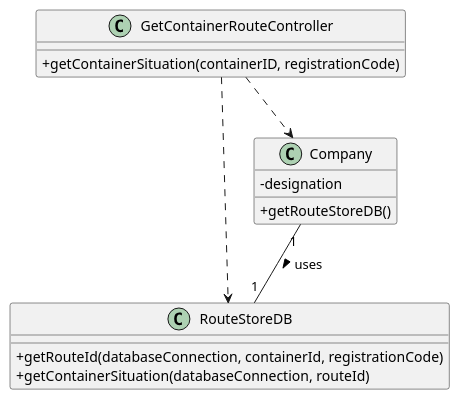
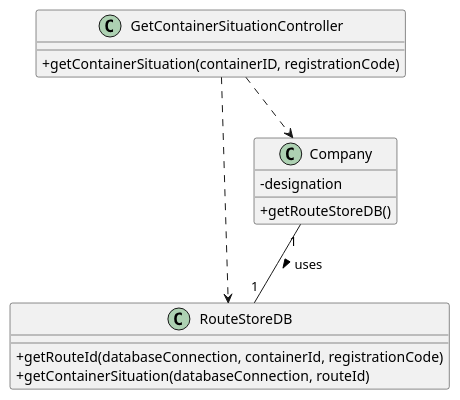
Before and after one commit to ana-albergaria/LAPR3-ISEP: the diagram in docs/Sprint 3/US312/US312_CD.puml, drawn with PlantUML. The commit also changed 1 other file, not shown here.

Commit message:
G54-159 G54-166 #time 10m adding CD Diagram to CD General

```diff
--- a/docs/Sprint 3/US312/US312_CD.puml
+++ b/docs/Sprint 3/US312/US312_CD.puml
@@ -1,23 +1,23 @@
 @startuml
 
 skinparam classAttributeIconSize 0
 
-class GetContainerRouteController{
+class GetContainerSituationController{
     +getContainerSituation(containerID, registrationCode)
 }
 
 class RouteStoreDB {
     +getRouteId(databaseConnection, containerId, registrationCode)
     +getContainerSituation(databaseConnection, routeId)
 }
 
 class Company {
     -designation
     +getRouteStoreDB()
 }
 
-GetContainerRouteController ..> Company
-GetContainerRouteController ..> RouteStoreDB
+GetContainerSituationController ..> Company
+GetContainerSituationController ..> RouteStoreDB
 Company "1" -- "1" RouteStoreDB : uses >
 
 @enduml
```
